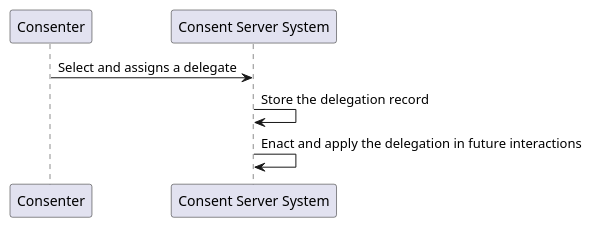
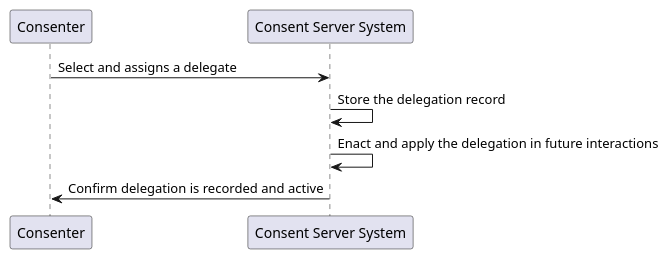
Before and after one commit to rettema/fhir-consent-management: the diagram in input/images-source/delegate-consent-sequence.plantuml, drawn with PlantUML. The commit also changed 2 other files, not shown here.

Commit message:
FHIR-55028: Add confirmation step to Delegate and Revoke use cases - add confirmation arrow back to Consenter in both diagrams; add confirmation to post-conditions in usecases.md

```diff
--- a/input/images-source/delegate-consent-sequence.plantuml
+++ b/input/images-source/delegate-consent-sequence.plantuml
@@ -1,5 +1,6 @@
 @startuml
 Consenter -> "Consent Server System": Select and assigns a delegate 
 "Consent Server System" -> "Consent Server System": Store the delegation record 
 "Consent Server System" -> "Consent Server System": Enact and apply the delegation in future interactions
+"Consent Server System" -> Consenter: Confirm delegation is recorded and active
 @enduml
```
